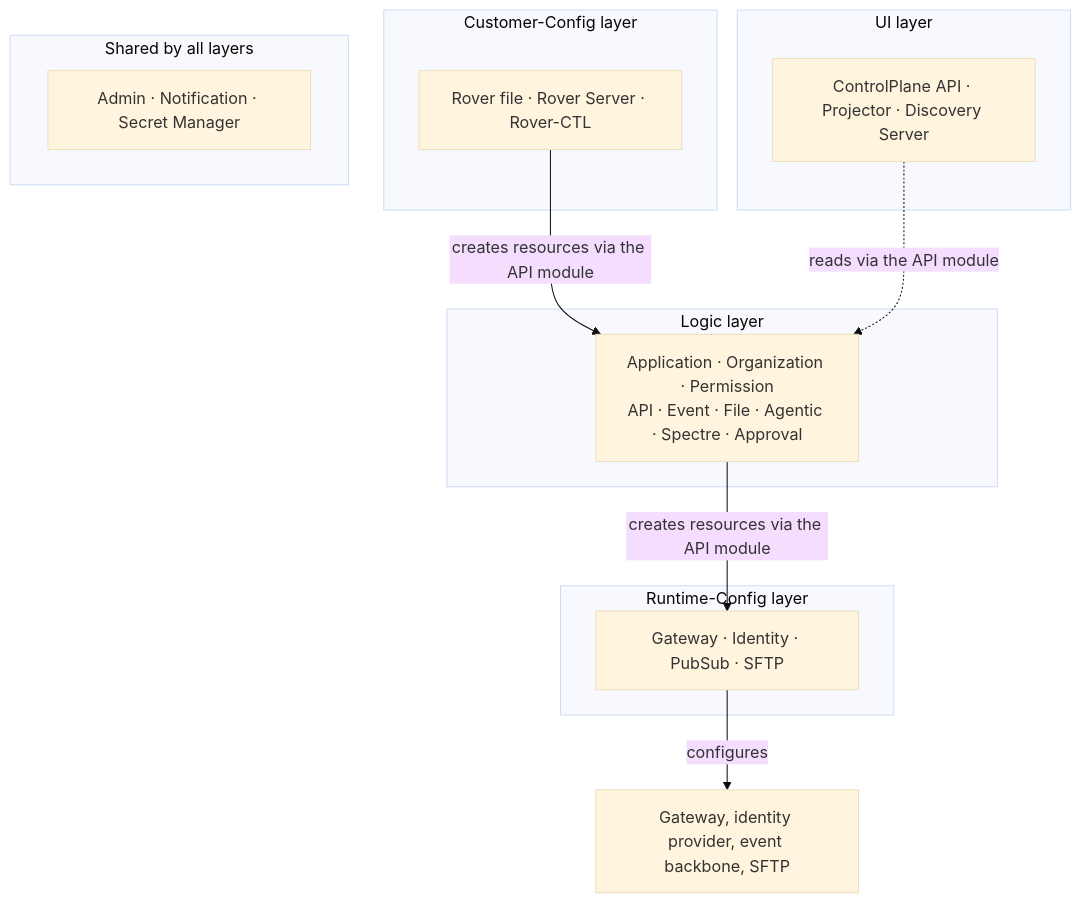
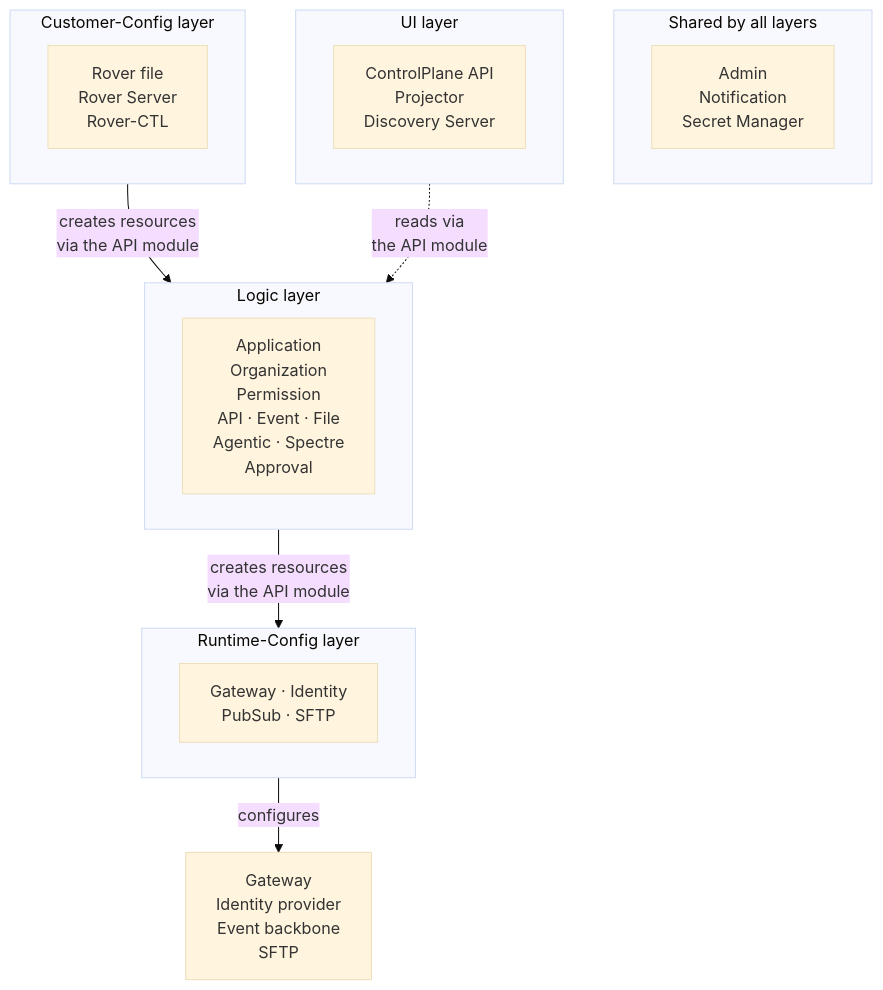
The diagram in docs/docs/decisions/0001-layers-see-only-the-api-module-of-the-layer-below.md (telekom/controlplane), drawn with Mermaid (base theme) before and after one commit. The commit also changed 4 other files, not shown here.

First line of the commit message:
fix(agents): keep ADR diagram labels readable

````diff
--- a/docs/docs/decisions/0001-layers-see-only-the-api-module-of-the-layer-below.md
+++ b/docs/docs/decisions/0001-layers-see-only-the-api-module-of-the-layer-below.md
@@ -63,22 +63,22 @@
 ```mermaid
 flowchart TD
+    subgraph SH["Shared by all layers"]
+        Shared["Admin<br/>Notification<br/>Secret Manager"]
+    end
     subgraph CC["Customer-Config layer"]
-        Rover["Rover file · Rover Server · Rover-CTL"]
+        Rover["Rover file<br/>Rover Server<br/>Rover-CTL"]
     end
     subgraph UI["UI layer"]
-        Read["ControlPlane API · Projector · Discovery Server"]
+        Read["ControlPlane API<br/>Projector<br/>Discovery Server"]
     end
     subgraph LG["Logic layer"]
-        Logic["Application · Organization · Permission<br/>API · Event · File · Agentic · Spectre · Approval"]
+        Logic["Application<br/>Organization<br/>Permission<br/>API · Event · File<br/>Agentic · Spectre<br/>Approval"]
     end
     subgraph RT["Runtime-Config layer"]
-        Runtime["Gateway · Identity · PubSub · SFTP"]
+        Runtime["Gateway · Identity<br/>PubSub · SFTP"]
     end
-    subgraph SH["Shared by all layers"]
-        Shared["Admin · Notification · Secret Manager"]
-    end
-    Rover -->|"creates resources via the API module"| Logic
-    Read -.->|"reads via the API module"| Logic
-    Logic -->|"creates resources via the API module"| Runtime
-    Runtime -->|configures| DataPlane["Gateway, identity provider, event backbone, SFTP"]
+    CC -->|"creates resources<br/>via the API module"| LG
+    UI -.->|"reads via<br/>the API module"| LG
+    LG -->|"creates resources<br/>via the API module"| RT
+    RT -->|configures| DataPlane["Gateway<br/>Identity provider<br/>Event backbone<br/>SFTP"]
 ```
````
